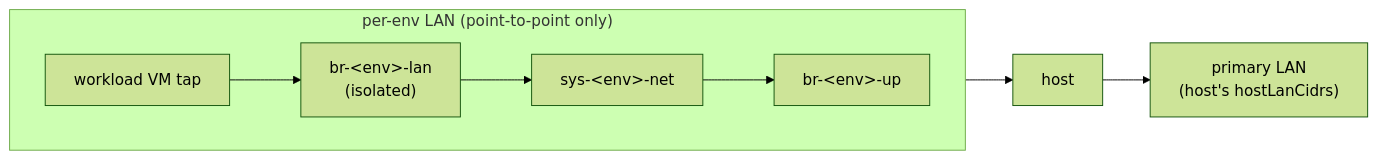
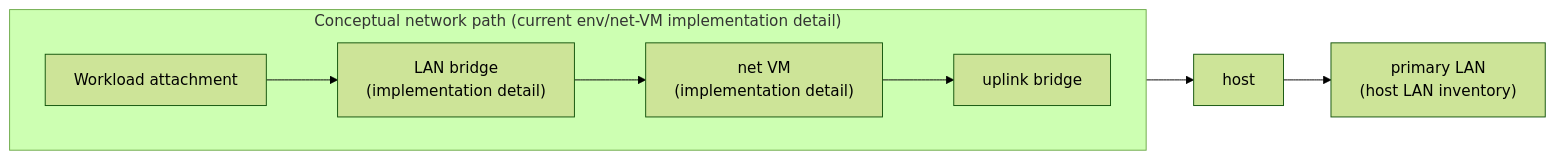
Before and after one commit to vicondoa/d2b: the second of 3 diagrams in docs/explanation/design.md, drawn with Mermaid (forest theme). The commit also changed other lines of this file and 3 other files, not shown here.

````diff
--- a/docs/explanation/design.md
+++ b/docs/explanation/design.md
@@ -142,9 +174,9 @@
 ```mermaid
 flowchart LR
-    subgraph per_env["per-env LAN (point-to-point only)"]
+    subgraph network_path["Conceptual network path (current env/net-VM implementation detail)"]
         direction LR
-        tap["workload VM tap"] --> lan["br-&lt;env&gt;-lan<br/>(isolated)"] --> net["sys-&lt;env&gt;-net"] --> uplink["br-&lt;env&gt;-up"]
+        tap["Workload attachment"] --> lan["LAN bridge<br/>(implementation detail)"] --> net["net VM<br/>(implementation detail)"] --> uplink["uplink bridge"]
     end
 
-    uplink --> host_lan["host"] --> primary["primary LAN<br/>(host's hostLanCidrs)"]
+    uplink --> host_lan["host"] --> primary["primary LAN<br/>(host LAN inventory)"]
 ```
````
